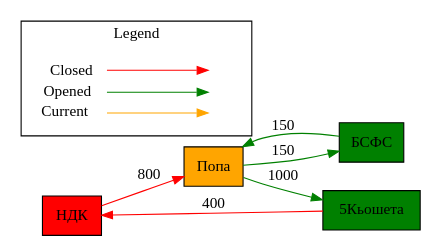
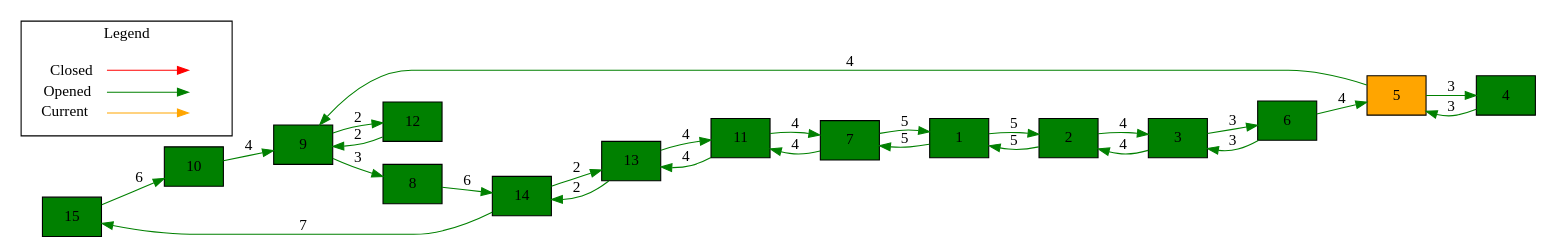
One commit to MishoMish/CityMap_ProjectSDP changed the diagram in cmake-build-debug/graph.dot. Above: the diagram before and after it, drawn with Graphviz. The commit also changed 9 other files, not shown here.

```diff
--- a/cmake-build-debug/graph.dot
+++ b/cmake-build-debug/graph.dot
@@ -1,31 +1,62 @@
 digraph G {
   graph [rankdir=LR];
   node [shape="box", color = "black", style="filled"];
-  "0x600001474280" [label="НДК", fillcolor="red"];
-  "0x600001474280" -> "0x6000014741c0" [label="800", color="red"];
-  "0x600001474240" [label="5Кьошета", fillcolor="green"];
-  "0x600001474240" -> "0x600001474280" [label="400", color="red"];
-  "0x600001474200" [label="БСФС", fillcolor="green"];
-  "0x600001474200" -> "0x6000014741c0" [label="150", color="green"];
-  "0x6000014741c0" [label="Попа", fillcolor="orange"];
-  "0x6000014741c0" -> "0x600001474240" [label="1000", color="green"];
-  "0x6000014741c0" -> "0x600001474200" [label="150", color="green"];
-rankdir=LR
+  "0x600000dec540" [label="15", fillcolor="green"];
+  "0x600000dec540" -> "0x600000dec4c0" [label="6", color="green"];
+  "0x600000dec4c0" [label="10", fillcolor="green"];
+  "0x600000dec4c0" -> "0x600000dec380" [label="4", color="green"];
+  "0x600000dec500" [label="13", fillcolor="green"];
+  "0x600000dec500" -> "0x600000dec440" [label="2", color="green"];
+  "0x600000dec500" -> "0x600000dec3c0" [label="4", color="green"];
+  "0x600000dec480" [label="12", fillcolor="green"];
+  "0x600000dec480" -> "0x600000dec380" [label="2", color="green"];
+  "0x600000dec200" [label="2", fillcolor="green"];
+  "0x600000dec200" -> "0x600000dec280" [label="4", color="green"];
+  "0x600000dec200" -> "0x600000dec1c0" [label="5", color="green"];
+  "0x600000dec380" [label="9", fillcolor="green"];
+  "0x600000dec380" -> "0x600000dec480" [label="2", color="green"];
+  "0x600000dec380" -> "0x600000dec400" [label="3", color="green"];
+  "0x600000dec440" [label="14", fillcolor="green"];
+  "0x600000dec440" -> "0x600000dec540" [label="7", color="green"];
+  "0x600000dec440" -> "0x600000dec500" [label="2", color="green"];
+  "0x600000dec400" [label="8", fillcolor="green"];
+  "0x600000dec400" -> "0x600000dec440" [label="6", color="green"];
+  "0x600000dec300" [label="4", fillcolor="green"];
+  "0x600000dec300" -> "0x600000dec340" [label="3", color="green"];
+  "0x600000dec3c0" [label="11", fillcolor="green"];
+  "0x600000dec3c0" -> "0x600000dec500" [label="4", color="green"];
+  "0x600000dec3c0" -> "0x600000dec240" [label="4", color="green"];
+  "0x600000dec2c0" [label="6", fillcolor="green"];
+  "0x600000dec2c0" -> "0x600000dec340" [label="4", color="green"];
+  "0x600000dec2c0" -> "0x600000dec280" [label="3", color="green"];
+  "0x600000dec280" [label="3", fillcolor="green"];
+  "0x600000dec280" -> "0x600000dec2c0" [label="3", color="green"];
+  "0x600000dec280" -> "0x600000dec200" [label="4", color="green"];
+  "0x600000dec1c0" [label="1", fillcolor="green"];
+  "0x600000dec1c0" -> "0x600000dec240" [label="5", color="green"];
+  "0x600000dec1c0" -> "0x600000dec200" [label="5", color="green"];
+  "0x600000dec340" [label="5", fillcolor="orange"];
+  "0x600000dec340" -> "0x600000dec380" [label="4", color="green"];
+  "0x600000dec340" -> "0x600000dec300" [label="3", color="green"];
+  "0x600000dec240" [label="7", fillcolor="green"];
+  "0x600000dec240" -> "0x600000dec3c0" [label="4", color="green"];
+  "0x600000dec240" -> "0x600000dec1c0" [label="5", color="green"];
+  rankdir=LR
   node [shape=plaintext]
   subgraph cluster_01 { 
     label = "Legend";
     key [label=<<table border="0" cellpadding="2" cellspacing="0" cellborder="0">
       <tr><td align="right" port="i1">Closed</td></tr>
       <tr><td align="right" port="i2">Opened</td></tr>
       <tr><td align="right" port="i3">Current</td></tr>
       </table>>, color=white]
     key2 [label=<<table border="0" cellpadding="2" cellspacing="0" cellborder="0">
       <tr><td port="i1">&nbsp;</td></tr>
       <tr><td port="i2">&nbsp;</td></tr>
       <tr><td port="i3">&nbsp;</td></tr>
       </table>>, color=white]
     key:i1:e -> key2:i1:w [color=red]
     key:i2:e -> key2:i2:w [color=green]
     key:i3:e -> key2:i3:w [color=orange]
   }
 }
```
